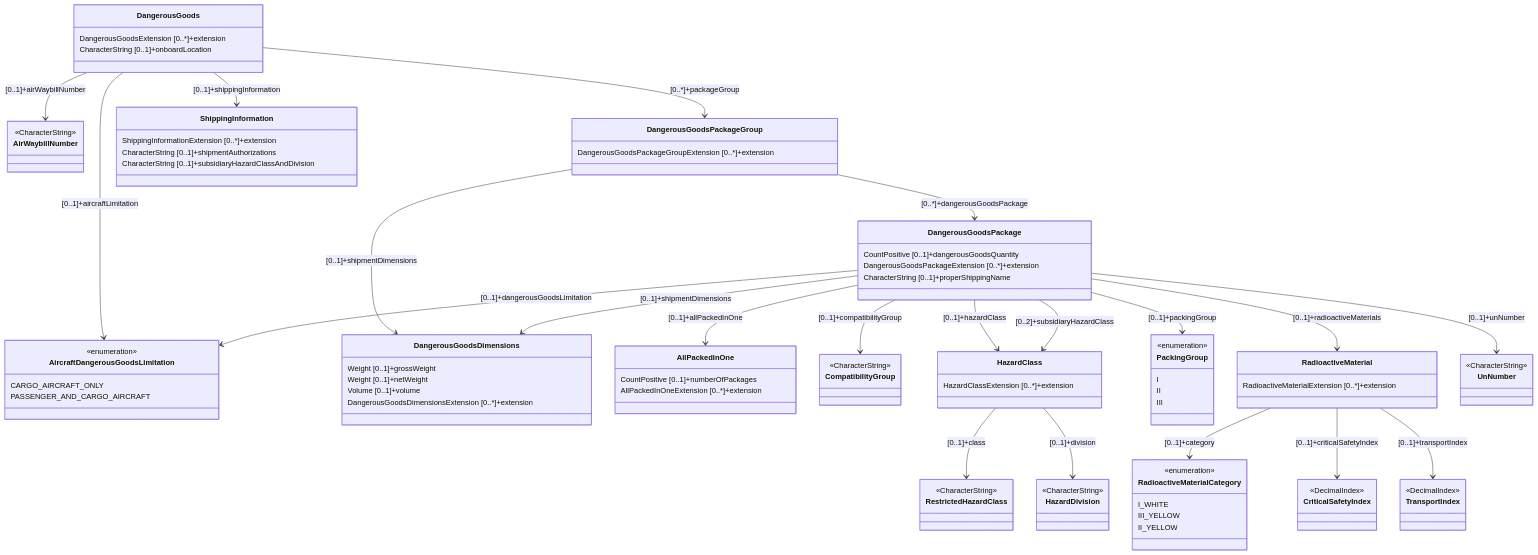
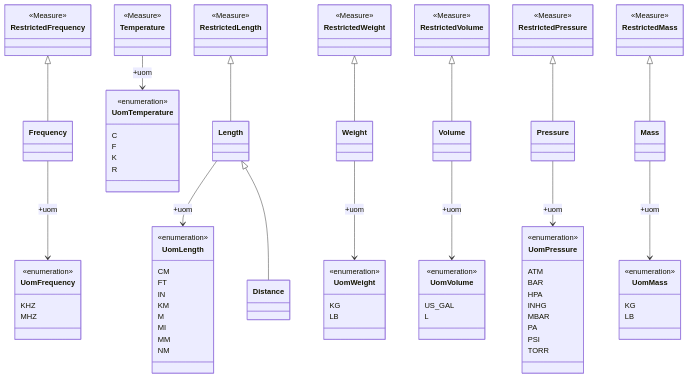
Diagram 14 of 25 in docs/fixm/FIXM_UML_in_mermaid.md (du-lapin/test_docsify), drawn with Mermaid before and after one commit. The commit also changed other lines of this file, not shown here.

````diff
--- a/docs/fixm/FIXM_UML_in_mermaid.md
+++ b/docs/fixm/FIXM_UML_in_mermaid.md
@@ -3,94 +661,101 @@
 ```mermaid
 classDiagram
-class CriticalSafetyIndex
-link CriticalSafetyIndex "https://www.fixm.aero/releases/FIXM-4.2.0/doc/schema_documentation/Fixm_CriticalSafetyIndexType.html" "Go to XML definition"
-class TransportIndex
-link TransportIndex "https://www.fixm.aero/releases/FIXM-4.2.0/doc/schema_documentation/Fixm_TransportIndexType.html" "Go to XML definition"
-class AirWaybillNumber
-link AirWaybillNumber "https://www.fixm.aero/releases/FIXM-4.2.0/doc/schema_documentation/Fixm_AirWaybillNumberType.html" "Go to XML definition"
-class DangerousGoods
-DangerousGoods : DangerousGoodsExtension [0..*]+extension
-DangerousGoods : CharacterString [0..1]+onboardLocation
-DangerousGoods --> AircraftDangerousGoodsLimitation : [0..1]+aircraftLimitation
-DangerousGoods --> AirWaybillNumber : [0..1]+airWaybillNumber
-DangerousGoods --> DangerousGoodsPackageGroup : [0..*]+packageGroup
-DangerousGoods --> ShippingInformation : [0..1]+shippingInformation
-link DangerousGoods "https://www.fixm.aero/releases/FIXM-4.2.0/doc/schema_documentation/Fixm_DangerousGoodsType.html" "Go to XML definition"
-class ShippingInformation
-ShippingInformation : ShippingInformationExtension [0..*]+extension
-ShippingInformation : CharacterString [0..1]+shipmentAuthorizations
-ShippingInformation : CharacterString [0..1]+subsidiaryHazardClassAndDivision
-link ShippingInformation "https://www.fixm.aero/releases/FIXM-4.2.0/doc/schema_documentation/Fixm_ShippingInformationType.html" "Go to XML definition"
-class DangerousGoodsPackageGroup
-DangerousGoodsPackageGroup : DangerousGoodsPackageGroupExtension [0..*]+extension
-DangerousGoodsPackageGroup --> DangerousGoodsPackage : [0..*]+dangerousGoodsPackage
-DangerousGoodsPackageGroup --> DangerousGoodsDimensions : [0..1]+shipmentDimensions
-link DangerousGoodsPackageGroup "https://www.fixm.aero/releases/FIXM-4.2.0/doc/schema_documentation/Fixm_DangerousGoodsPackageGroupType.html" "Go to XML definition"
-class AircraftDangerousGoodsLimitation
-<<enumeration>> AircraftDangerousGoodsLimitation
-AircraftDangerousGoodsLimitation : CARGO_AIRCRAFT_ONLY
-AircraftDangerousGoodsLimitation : PASSENGER_AND_CARGO_AIRCRAFT
-link AircraftDangerousGoodsLimitation "https://www.fixm.aero/releases/FIXM-4.2.0/doc/schema_documentation/Fixm_AircraftDangerousGoodsLimitationType.html" "Go to XML definition"
-class DangerousGoodsPackage
-DangerousGoodsPackage : CountPositive [0..1]+dangerousGoodsQuantity
-DangerousGoodsPackage : DangerousGoodsPackageExtension [0..*]+extension
-DangerousGoodsPackage --> AllPackedInOne : [0..1]+allPackedInOne
-DangerousGoodsPackage --> CompatibilityGroup : [0..1]+compatibilityGroup
-DangerousGoodsPackage --> AircraftDangerousGoodsLimitation : [0..1]+dangerousGoodsLimitation
-DangerousGoodsPackage --> HazardClass : [0..1]+hazardClass
-DangerousGoodsPackage --> PackingGroup : [0..1]+packingGroup
-DangerousGoodsPackage --> RadioactiveMaterial : [0..1]+radioactiveMaterials
-DangerousGoodsPackage --> DangerousGoodsDimensions : [0..1]+shipmentDimensions
-DangerousGoodsPackage --> HazardClass : [0..2]+subsidiaryHazardClass
-DangerousGoodsPackage --> UnNumber : [0..1]+unNumber
-DangerousGoodsPackage : CharacterString [0..1]+properShippingName
-link DangerousGoodsPackage "https://www.fixm.aero/releases/FIXM-4.2.0/doc/schema_documentation/Fixm_DangerousGoodsPackageType.html" "Go to XML definition"
-class DangerousGoodsDimensions
-DangerousGoodsDimensions : Weight [0..1]+grossWeight
-DangerousGoodsDimensions : Weight [0..1]+netWeight
-DangerousGoodsDimensions : Volume [0..1]+volume
-DangerousGoodsDimensions : DangerousGoodsDimensionsExtension [0..*]+extension
-link DangerousGoodsDimensions "https://www.fixm.aero/releases/FIXM-4.2.0/doc/schema_documentation/Fixm_DangerousGoodsDimensionsType.html" "Go to XML definition"
-class AllPackedInOne
-AllPackedInOne : CountPositive [0..1]+numberOfPackages
-AllPackedInOne : AllPackedInOneExtension [0..*]+extension
-link AllPackedInOne "https://www.fixm.aero/releases/FIXM-4.2.0/doc/schema_documentation/Fixm_AllPackedInOneType.html" "Go to XML definition"
-class CompatibilityGroup
-link CompatibilityGroup "https://www.fixm.aero/releases/FIXM-4.2.0/doc/schema_documentation/Fixm_CompatibilityGroupType.html" "Go to XML definition"
-class HazardClass
-HazardClass : HazardClassExtension [0..*]+extension
-HazardClass --> RestrictedHazardClass : [0..1]+class
-HazardClass --> HazardDivision : [0..1]+division
-link HazardClass "https://www.fixm.aero/releases/FIXM-4.2.0/doc/schema_documentation/Fixm_HazardClassType.html" "Go to XML definition"
-class RadioactiveMaterial
-RadioactiveMaterial : RadioactiveMaterialExtension [0..*]+extension
-RadioactiveMaterial --> RadioactiveMaterialCategory : [0..1]+category
-RadioactiveMaterial --> CriticalSafetyIndex : [0..1]+criticalSafetyIndex
-RadioactiveMaterial --> TransportIndex : [0..1]+transportIndex
-link RadioactiveMaterial "https://www.fixm.aero/releases/FIXM-4.2.0/doc/schema_documentation/Fixm_RadioactiveMaterialType.html" "Go to XML definition"
-class PackingGroup
-<<enumeration>> PackingGroup
-PackingGroup : I
-PackingGroup : II
-PackingGroup : III
-link PackingGroup "https://www.fixm.aero/releases/FIXM-4.2.0/doc/schema_documentation/Fixm_PackingGroupType.html" "Go to XML definition"
-class HazardDivision
-link HazardDivision "https://www.fixm.aero/releases/FIXM-4.2.0/doc/schema_documentation/Fixm_HazardDivisionType.html" "Go to XML definition"
-class UnNumber
-link UnNumber "https://www.fixm.aero/releases/FIXM-4.2.0/doc/schema_documentation/Fixm_UnNumberType.html" "Go to XML definition"
-class RestrictedHazardClass
-link RestrictedHazardClass "https://www.fixm.aero/releases/FIXM-4.2.0/doc/schema_documentation/Fixm_RestrictedHazardClassType.html" "Go to XML definition"
-class RadioactiveMaterialCategory
-<<enumeration>> RadioactiveMaterialCategory
-RadioactiveMaterialCategory : I_WHITE
-RadioactiveMaterialCategory : III_YELLOW
-RadioactiveMaterialCategory : II_YELLOW
-link RadioactiveMaterialCategory "https://www.fixm.aero/releases/FIXM-4.2.0/doc/schema_documentation/Fixm_RadioactiveMaterialCategoryType.html" "Go to XML definition"
-<<DecimalIndex>>CriticalSafetyIndex
-<<DecimalIndex>>TransportIndex
-<<CharacterString>>AirWaybillNumber
-<<CharacterString>>CompatibilityGroup
-<<CharacterString>>HazardDivision
-<<CharacterString>>UnNumber
-<<CharacterString>>RestrictedHazardClass
+class Pressure
+Pressure --> UomPressure : +uom
+link Pressure "https://www.fixm.aero/releases/FIXM-4.2.0/doc/schema_documentation/Fixm_PressureType.html" "Go to XML definition"
+class Temperature
+Temperature --> UomTemperature : +uom
+link Temperature "https://www.fixm.aero/releases/FIXM-4.2.0/doc/schema_documentation/Fixm_TemperatureType.html" "Go to XML definition"
+class RestrictedFrequency
+link RestrictedFrequency "https://www.fixm.aero/releases/FIXM-4.2.0/doc/schema_documentation/Fixm_RestrictedFrequencyType.html" "Go to XML definition"
+class RestrictedLength
+link RestrictedLength "https://www.fixm.aero/releases/FIXM-4.2.0/doc/schema_documentation/Fixm_RestrictedLengthType.html" "Go to XML definition"
+class RestrictedWeight
+link RestrictedWeight "https://www.fixm.aero/releases/FIXM-4.2.0/doc/schema_documentation/Fixm_RestrictedWeightType.html" "Go to XML definition"
+class RestrictedVolume
+link RestrictedVolume "https://www.fixm.aero/releases/FIXM-4.2.0/doc/schema_documentation/Fixm_RestrictedVolumeType.html" "Go to XML definition"
+class RestrictedPressure
+link RestrictedPressure "https://www.fixm.aero/releases/FIXM-4.2.0/doc/schema_documentation/Fixm_RestrictedPressureType.html" "Go to XML definition"
+class RestrictedMass
+link RestrictedMass "https://www.fixm.aero/releases/FIXM-4.2.0/doc/schema_documentation/Fixm_RestrictedMassType.html" "Go to XML definition"
+class Mass
+Mass --> UomMass : +uom
+link Mass "https://www.fixm.aero/releases/FIXM-4.2.0/doc/schema_documentation/Fixm_MassType.html" "Go to XML definition"
+class UomLength
+<<enumeration>> UomLength
+UomLength : CM
+UomLength : FT
+UomLength : IN
+UomLength : KM
+UomLength : M
+UomLength : MI
+UomLength : MM
+UomLength : NM
+link UomLength "https://www.fixm.aero/releases/FIXM-4.2.0/doc/schema_documentation/Fixm_UomLengthType.html" "Go to XML definition"
+class UomPressure
+<<enumeration>> UomPressure
+UomPressure : ATM
+UomPressure : BAR
+UomPressure : HPA
+UomPressure : INHG
+UomPressure : MBAR
+UomPressure : PA
+UomPressure : PSI
+UomPressure : TORR
+link UomPressure "https://www.fixm.aero/releases/FIXM-4.2.0/doc/schema_documentation/Fixm_UomPressureType.html" "Go to XML definition"
+class UomTemperature
+<<enumeration>> UomTemperature
+UomTemperature : C
+UomTemperature : F
+UomTemperature : K
+UomTemperature : R
+link UomTemperature "https://www.fixm.aero/releases/FIXM-4.2.0/doc/schema_documentation/Fixm_UomTemperatureType.html" "Go to XML definition"
+class UomVolume
+<<enumeration>> UomVolume
+UomVolume : US_GAL
+UomVolume : L
+link UomVolume "https://www.fixm.aero/releases/FIXM-4.2.0/doc/schema_documentation/Fixm_UomVolumeType.html" "Go to XML definition"
+class UomFrequency
+<<enumeration>> UomFrequency
+UomFrequency : KHZ
+UomFrequency : MHZ
+link UomFrequency "https://www.fixm.aero/releases/FIXM-4.2.0/doc/schema_documentation/Fixm_UomFrequencyType.html" "Go to XML definition"
+class UomMass
+<<enumeration>> UomMass
+UomMass : KG
+UomMass : LB
+link UomMass "https://www.fixm.aero/releases/FIXM-4.2.0/doc/schema_documentation/Fixm_UomMassType.html" "Go to XML definition"
+class UomWeight
+<<enumeration>> UomWeight
+UomWeight : KG
+UomWeight : LB
+link UomWeight "https://www.fixm.aero/releases/FIXM-4.2.0/doc/schema_documentation/Fixm_UomWeightType.html" "Go to XML definition"
+class Volume
+Volume --> UomVolume : +uom
+link Volume "https://www.fixm.aero/releases/FIXM-4.2.0/doc/schema_documentation/Fixm_VolumeType.html" "Go to XML definition"
+class Distance
+link Distance "https://www.fixm.aero/releases/FIXM-4.2.0/doc/schema_documentation/Fixm_DistanceType.html" "Go to XML definition"
+class Frequency
+Frequency --> UomFrequency : +uom
+link Frequency "https://www.fixm.aero/releases/FIXM-4.2.0/doc/schema_documentation/Fixm_FrequencyType.html" "Go to XML definition"
+class Length
+Length --> UomLength : +uom
+link Length "https://www.fixm.aero/releases/FIXM-4.2.0/doc/schema_documentation/Fixm_LengthType.html" "Go to XML definition"
+class Weight
+Weight --> UomWeight : +uom
+link Weight "https://www.fixm.aero/releases/FIXM-4.2.0/doc/schema_documentation/Fixm_WeightType.html" "Go to XML definition"
+RestrictedPressure <|-- Pressure
+<<Measure>>Temperature
+<<Measure>>RestrictedFrequency
+<<Measure>>RestrictedLength
+<<Measure>>RestrictedWeight
+<<Measure>>RestrictedVolume
+<<Measure>>RestrictedPressure
+<<Measure>>RestrictedMass
+RestrictedMass <|-- Mass
+RestrictedVolume <|-- Volume
+Length <|-- Distance
+RestrictedFrequency <|-- Frequency
+RestrictedLength <|-- Length
+RestrictedWeight <|-- Weight
 ```
````
